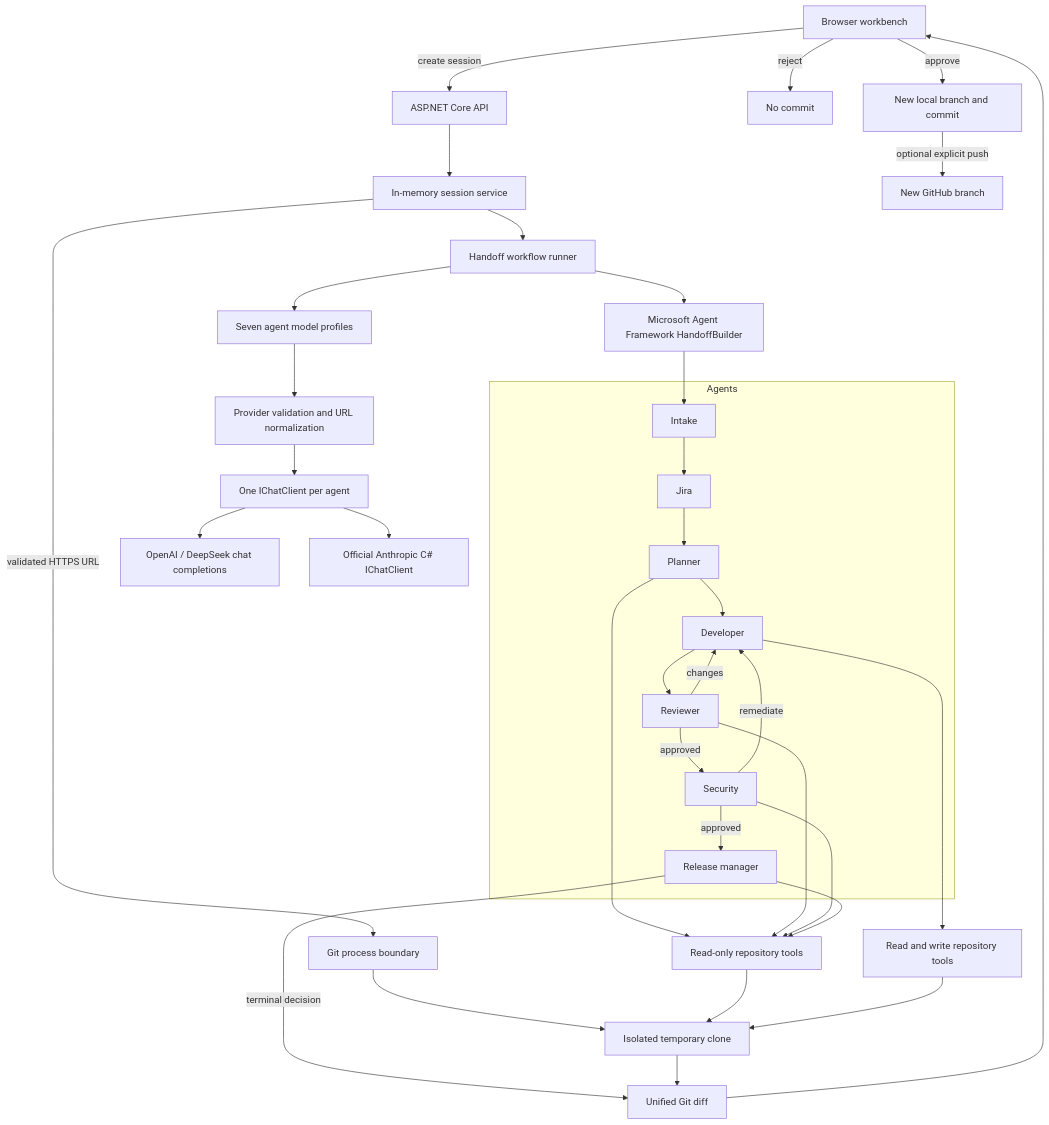
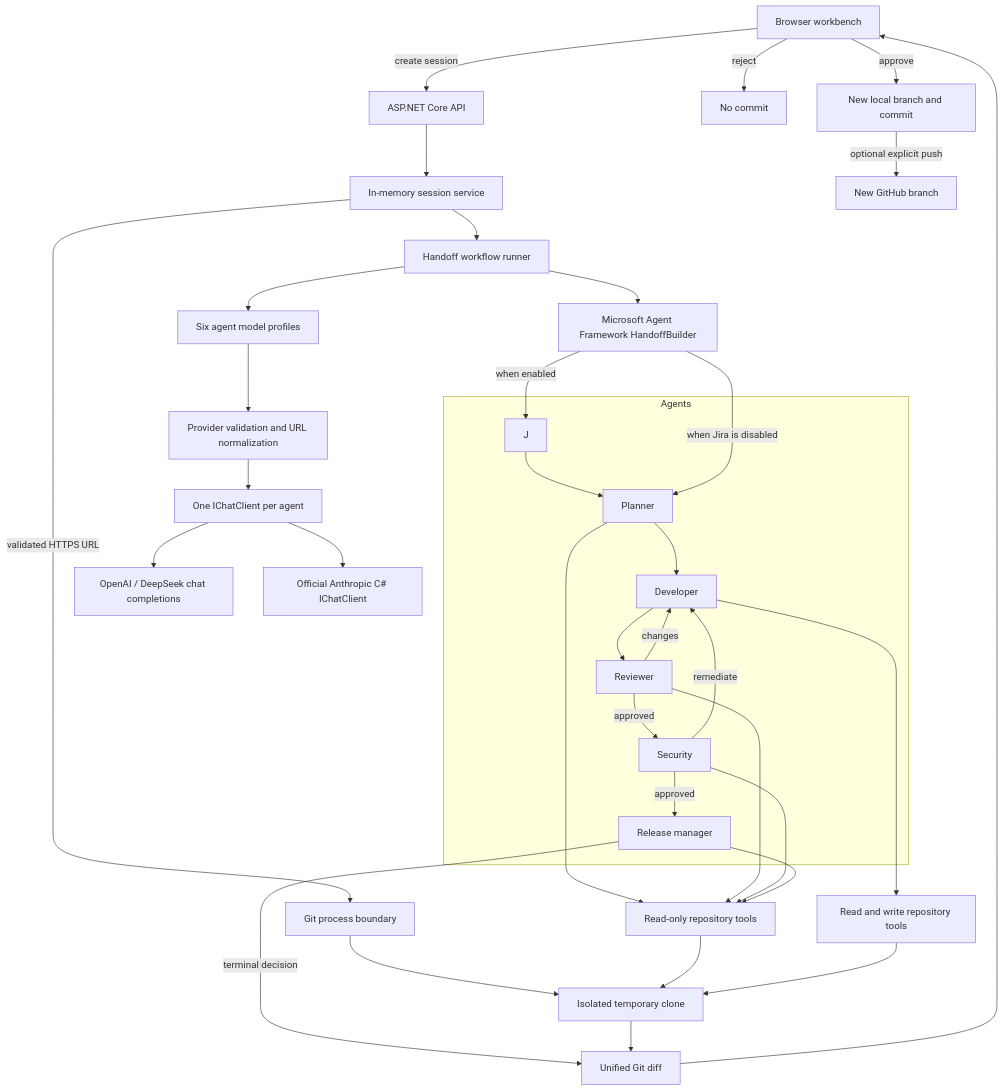
The diagram in CSharp/docs/architecture.md (arash7388/Xbank.DevAgent), drawn with Mermaid before and after one commit. The commit also changed 33 other files, not shown here.

````diff
--- a/CSharp/docs/architecture.md
+++ b/CSharp/docs/architecture.md
@@ -3,42 +3,42 @@
 ```mermaid
 flowchart TB
     UI[Browser workbench] -->|create session| API[ASP.NET Core API]
     API --> SS[In-memory session service]
     SS -->|validated HTTPS URL| GIT[Git process boundary]
     GIT --> CLONE[Isolated temporary clone]
 
     SS --> RUN[Handoff workflow runner]
-    RUN --> PROFILES[Seven agent model profiles]
+    RUN --> PROFILES[Six agent model profiles]
     PROFILES --> PROVIDER[Provider validation and URL normalization]
     PROVIDER --> CLIENT[One IChatClient per agent]
     CLIENT --> OPENAI[OpenAI / DeepSeek chat completions]
     CLIENT --> CLAUDE[Official Anthropic C# IChatClient]
     RUN --> FLOW[Microsoft Agent Framework HandoffBuilder]
 
     subgraph Agents
-      O[Intake] --> J[Jira]
       J --> P[Planner]
       P --> D[Developer]
       D --> R[Reviewer]
       R -->|changes| D
       R -->|approved| S[Security]
       S -->|remediate| D
       S -->|approved| RM[Release manager]
     end
 
-    FLOW --> O
+    FLOW -->|when enabled| J
+    FLOW -->|when Jira is disabled| P
     P --> READ[Read-only repository tools]
     R --> READ
     S --> READ
     RM --> READ
     D --> EDIT[Read and write repository tools]
     READ --> CLONE
     EDIT --> CLONE
 
     RM -->|terminal decision| DIFF[Unified Git diff]
     CLONE --> DIFF
     DIFF --> UI
     UI -->|reject| REJECT[No commit]
     UI -->|approve| COMMIT[New local branch and commit]
     COMMIT -->|optional explicit push| REMOTE[New GitHub branch]
 ```
````
